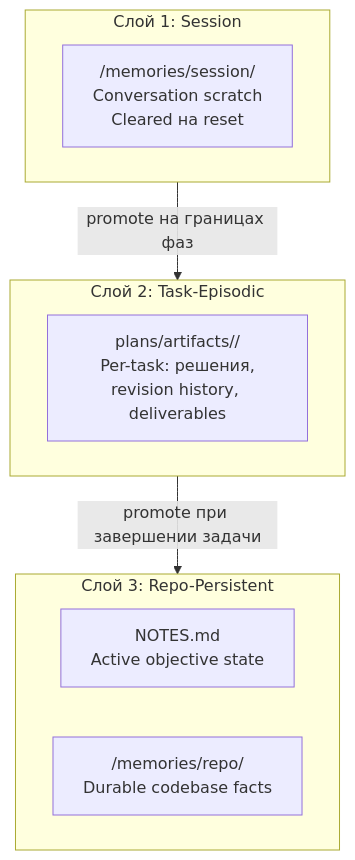
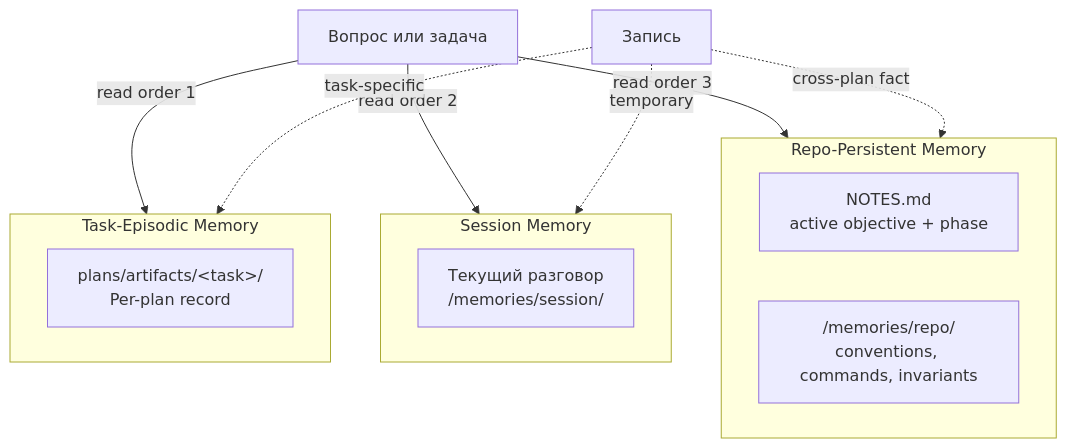
The diagram in docs/tutorial-ru/12-memory.md (Smithbox-ai/ControlFlow), drawn with Mermaid before and after one commit. The commit also changed other lines of this file and 416 other files, not shown here.

````diff
--- a/docs/tutorial-ru/12-memory.md
+++ b/docs/tutorial-ru/12-memory.md
@@ -17,15 +16,23 @@
 ```mermaid
 flowchart TD
-    subgraph L1["Слой 1: Session"]
-        SM["/memories/session/<br/>Conversation scratch<br/>Cleared на reset"]
+    subgraph Session["Session Memory"]
+        S[Текущий разговор<br/>/memories/session/]
     end
-    subgraph L2["Слой 2: Task-Episodic"]
-        TE["plans/artifacts/<task-slug>/<br/>Per-task: решения,<br/>revision history, deliverables"]
+
+    subgraph Task["Task-Episodic Memory"]
+        T[plans/artifacts/&lt;task&gt;/<br/>Per-plan record]
     end
-    subgraph L3["Слой 3: Repo-Persistent"]
-        NM["NOTES.md<br/>Active objective state"]
-        RM["/memories/repo/<br/>Durable codebase facts"]
+
+    subgraph Repo["Repo-Persistent Memory"]
+        N[NOTES.md<br/>active objective + phase]
+        R["/memories/repo/<br/>conventions, commands, invariants"]
     end
-    L1 -->|promote на границах фаз| L2
-    L2 -->|promote при завершении задачи| L3
+
+    Question[Вопрос или задача] -->|read order 1| Task
+    Question -->|read order 2| Session
+    Question -->|read order 3| Repo
+
+    Action[Запись] -.->|task-specific| Task
+    Action -.->|cross-plan fact| Repo
+    Action -.->|temporary| Session
 ```
````
